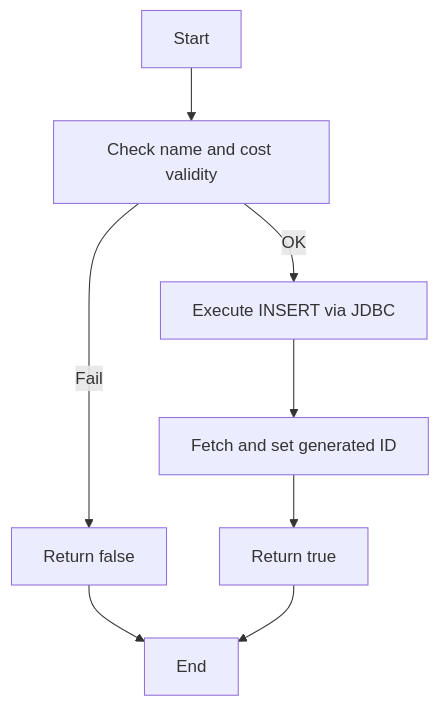
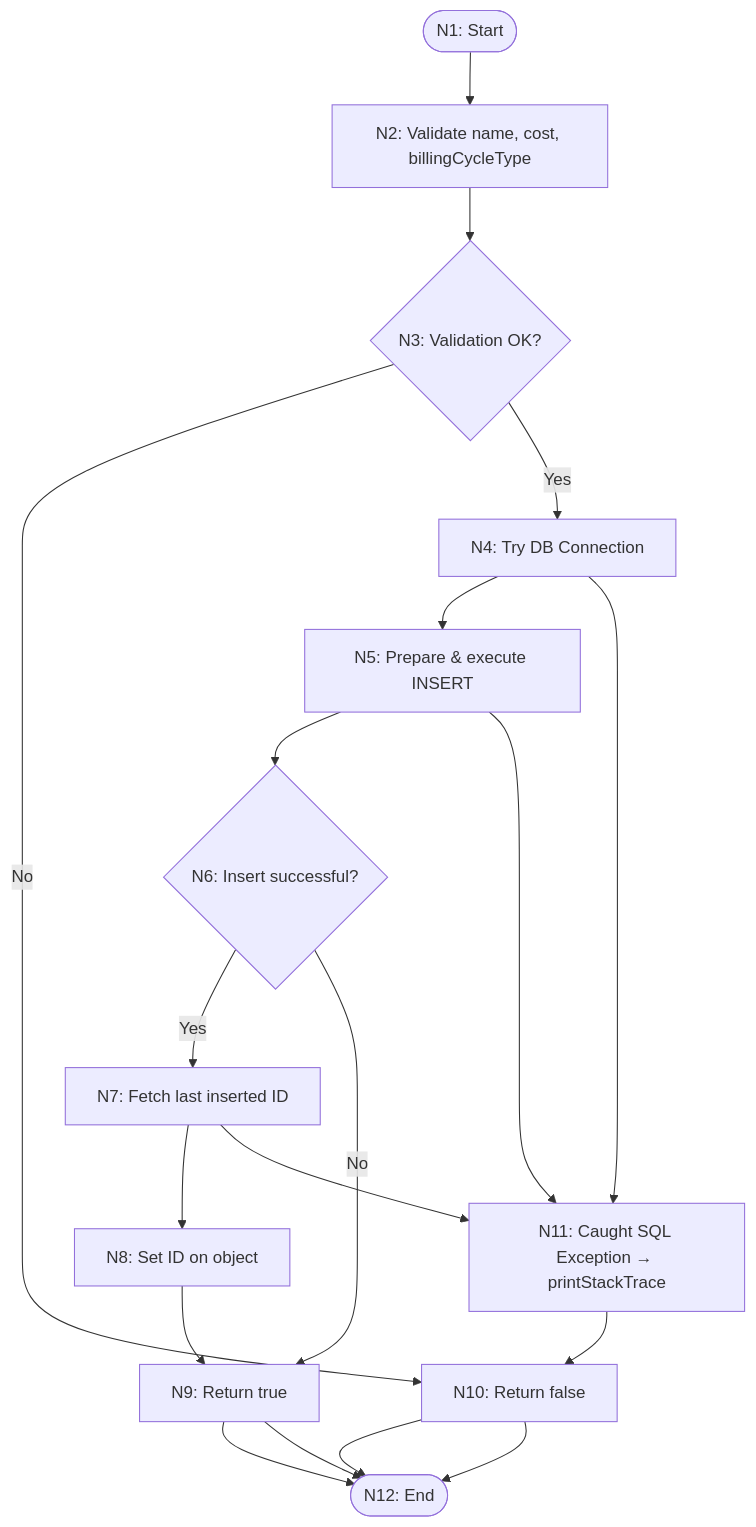
One commit to HashirOwais/NextPay-Subscription_Simplifed changed the first of 15 diagrams in TESTING.md. Above: the diagram before and after it, drawn with Mermaid. The commit also changed other lines of this file, not shown here.

````diff
--- a/TESTING.md
+++ b/TESTING.md
@@ -17,10 +30,24 @@
 ```mermaid
 flowchart TD
-  Start --> Validate[Check name and cost validity]
-  Validate -- OK --> Insert[Execute INSERT via JDBC]
-  Insert --> SetID[Fetch and set generated ID]
-  SetID --> ReturnTrue[Return true]
-  Validate -- Fail --> ReturnFalse[Return false]
-  ReturnFalse --> End
-  ReturnTrue --> End
+  N1([N1: Start])
+  N2[N2: Validate name, cost, billingCycleType]
+  N3{N3: Validation OK?}
+  N4[N4: Try DB Connection]
+  N5[N5: Prepare & execute INSERT]
+  N6{N6: Insert successful?}
+  N7[N7: Fetch last inserted ID]
+  N8[N8: Set ID on object]
+  N9[N9: Return true]
+  N10[N10: Return false]
+  N11[N11: Caught SQL Exception → printStackTrace]
+  N12([N12: End])
+
+  N1 --> N2 --> N3
+  N3 -- No --> N10 --> N12
+  N3 -- Yes --> N4 --> N5 --> N6
+  N6 -- Yes --> N7 --> N8 --> N9 --> N12
+  N6 -- No --> N9 --> N12
+  N4 --> N11 --> N10 --> N12
+  N5 --> N11
+  N7 --> N11
 ```
````
